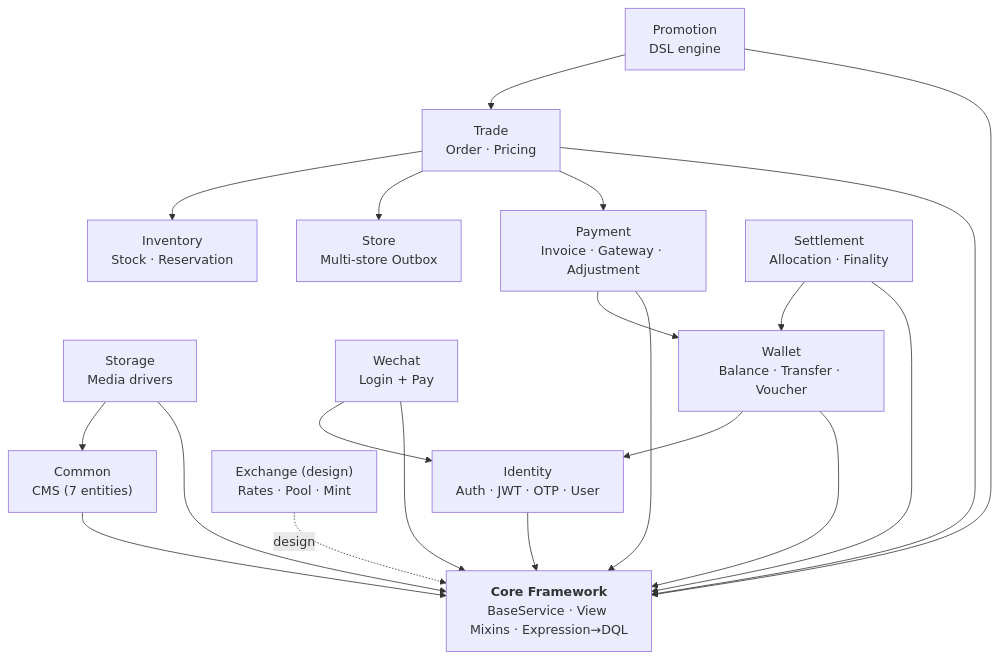
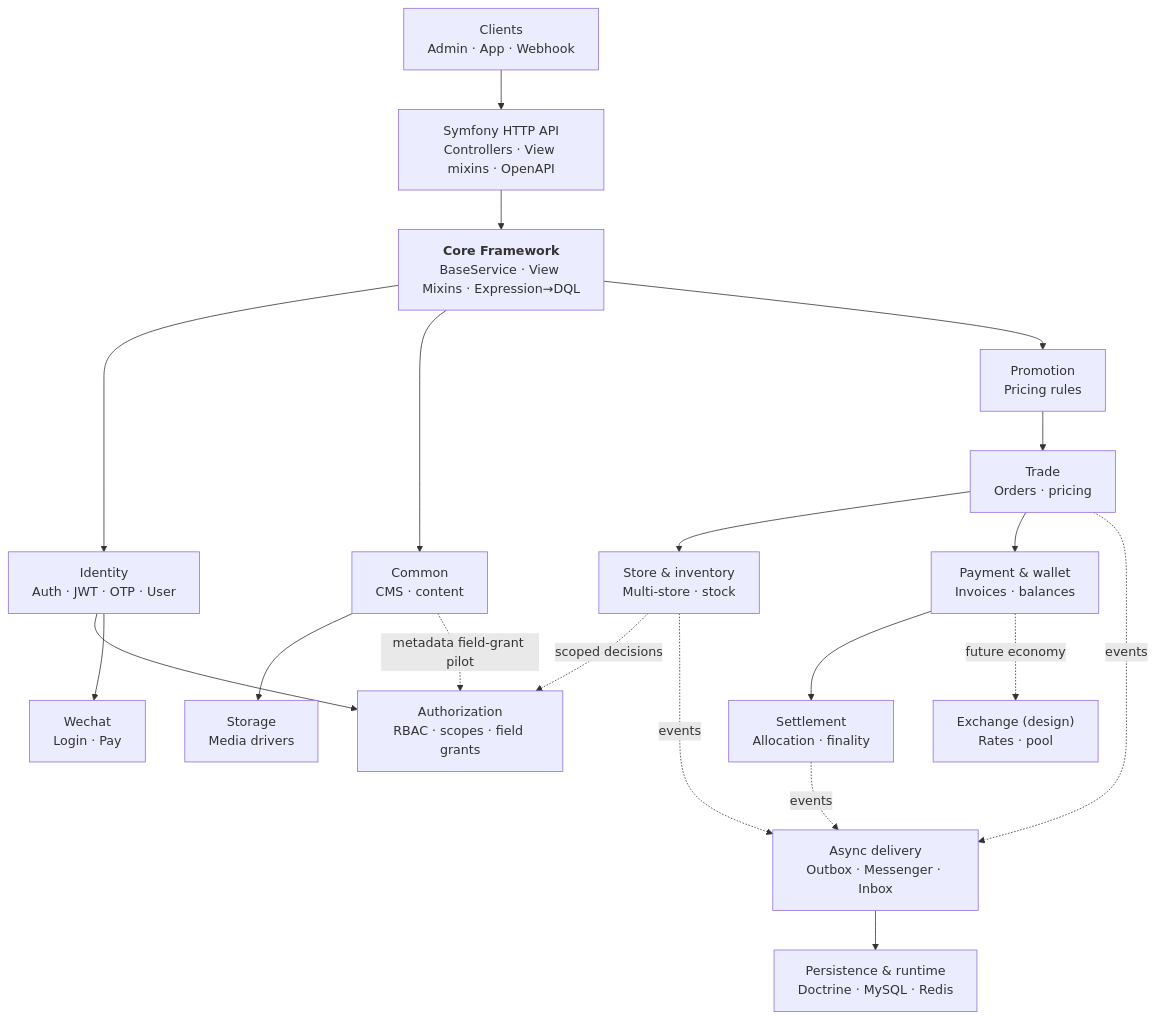
The first of 3 diagrams in README.md (dream-studio-china/edc-online-membership), drawn with Mermaid before and after one commit. The commit also changed other lines of this file and 169 other files, not shown here.

````diff
--- a/README.md
+++ b/README.md
@@ -13,37 +13,38 @@
 ```mermaid
 flowchart TB
+    Client["Clients<br/>Admin · App · Webhook"]
+    Api["Symfony HTTP API<br/>Controllers · View mixins · OpenAPI"]
     Core["<b>Core Framework</b><br/>BaseService · View Mixins · Expression→DQL"]
 
     Identity["Identity<br/>Auth · JWT · OTP · User"]
-    Common["Common<br/>CMS (7 entities)"]
+    Authorization["Authorization<br/>RBAC · scopes · field grants"]
+    Common["Common<br/>CMS · content"]
     Storage["Storage<br/>Media drivers"]
-    Wechat["Wechat<br/>Login + Pay"]
-    Wallet["Wallet<br/>Balance · Transfer · Voucher"]
-    Payment["Payment<br/>Invoice · Gateway · Adjustment"]
-    Trade["Trade<br/>Order · Pricing"]
-    Store["Store<br/>Multi-store Outbox"]
-    Inventory["Inventory<br/>Stock · Reservation"]
-    Promotion["Promotion<br/>DSL engine"]
-    Settlement["Settlement<br/>Allocation · Finality"]
-    Exchange["Exchange (design)<br/>Rates · Pool · Mint"]
+    Promotion["Promotion<br/>Pricing rules"]
+    Trade["Trade<br/>Orders · pricing"]
+    Fulfilment["Store & inventory<br/>Multi-store · stock"]
+    Payments["Payment & wallet<br/>Invoices · balances"]
+    Wechat["Wechat<br/>Login · Pay"]
+    Settlement["Settlement<br/>Allocation · finality"]
+    Exchange["Exchange (design)<br/>Rates · pool"]
+    Messaging["Async delivery<br/>Outbox · Messenger · Inbox"]
+    Persistence["Persistence & runtime<br/>Doctrine · MySQL · Redis"]
 
-    Identity --> Core
-    Common --> Core
-    Storage --> Core
-    Storage --> Common
-    Wechat --> Core
-    Wechat --> Identity
-    Wallet --> Core
-    Wallet --> Identity
-    Payment --> Core
-    Payment --> Wallet
-    Trade --> Core
-    Trade --> Payment
-    Trade --> Store
-    Trade --> Inventory
-    Promotion --> Core
+    Client --> Api --> Core
+    Core --> Identity
+    Core --> Common
+    Core --> Promotion
+    Identity --> Authorization
+    Identity --> Wechat
+    Common --> Storage
+    Common -. "metadata field-grant pilot" .-> Authorization
     Promotion --> Trade
-    Settlement --> Core
-    Settlement --> Wallet
-    Exchange -. "design" .-> Core
+    Trade --> Fulfilment
+    Trade --> Payments --> Settlement
+    Fulfilment -. "scoped decisions" .-> Authorization
+    Payments -. "future economy" .-> Exchange
+    Trade -. events .-> Messaging
+    Fulfilment -. events .-> Messaging
+    Settlement -. events .-> Messaging
+    Messaging --> Persistence
 ```
````
